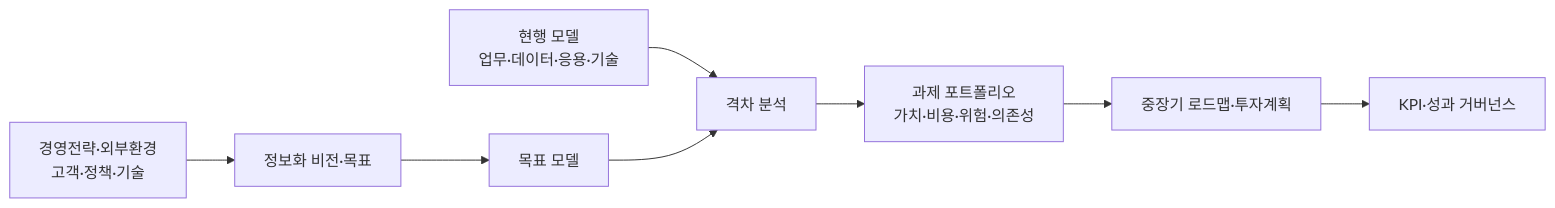
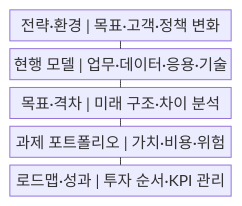
One commit to agnusdei1207/knowledge-base changed the first of 2 diagrams in src/content/docs/notes/03-software/188_isp.md. Above: the diagram before and after it, drawn with Mermaid. The commit also changed other lines of this file and 20 other files, not shown here.

````diff
--- a/src/content/docs/notes/03-software/188_isp.md
+++ b/src/content/docs/notes/03-software/188_isp.md
@@ -55,10 +49,13 @@
 ```mermaid
-flowchart LR
-    B["경영전략·외부환경<br/>고객·정책·기술"] --> V["정보화 비전·목표"]
-    C["현행 모델<br/>업무·데이터·응용·기술"] --> G["격차 분석"]
-    V --> T["목표 모델"]
-    T --> G
-    G --> P["과제 포트폴리오<br/>가치·비용·위험·의존성"]
-    P --> R["중장기 로드맵·투자계획"]
-    R --> K["KPI·성과 거버넌스"]
+block
+    columns 1
+    A["전략·환경 | 목표·고객·정책 변화"]
+    B["현행 모델 | 업무·데이터·응용·기술"]
+    C["목표·격차 | 미래 구조·차이 분석"]
+    D["과제 포트폴리오 | 가치·비용·위험"]
+    E["로드맵·성과 | 투자 순서·KPI 관리"]
+    A --- B
+    B --- C
+    C --- D
+    D --- E
 ```
````
